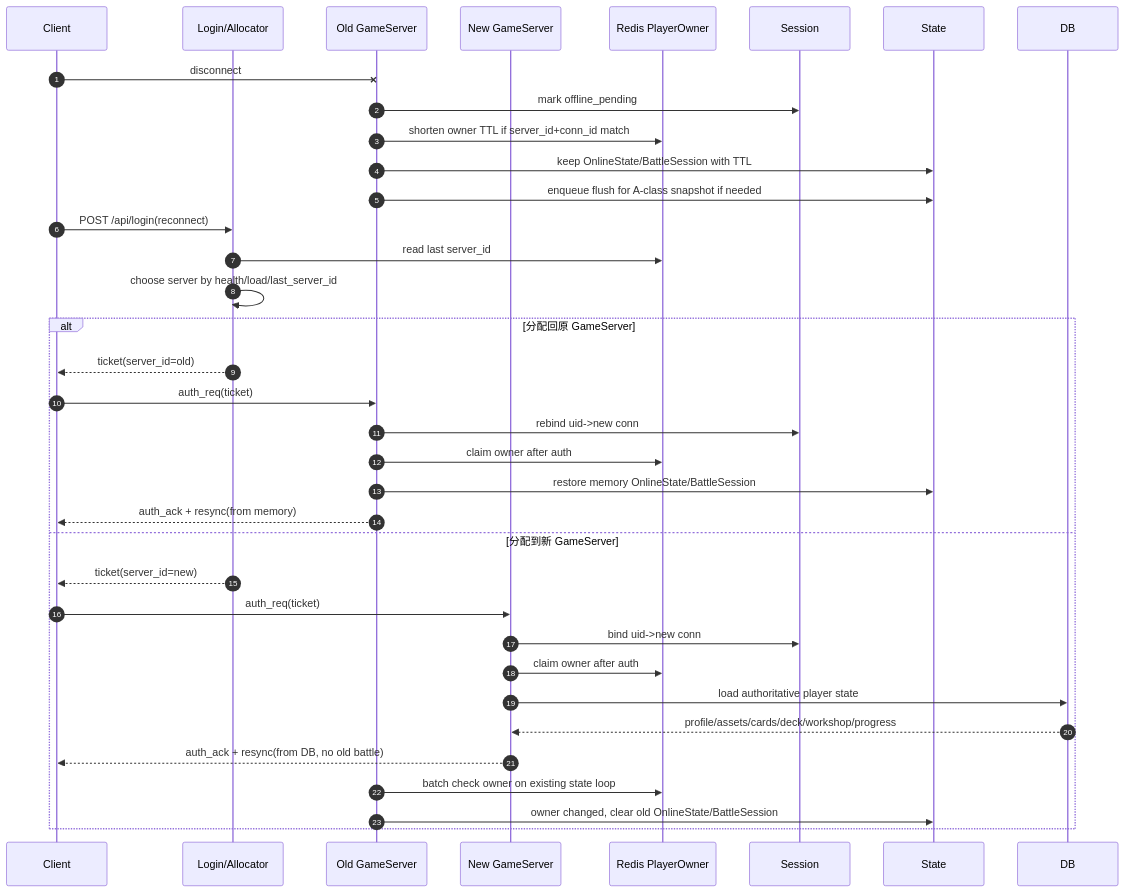
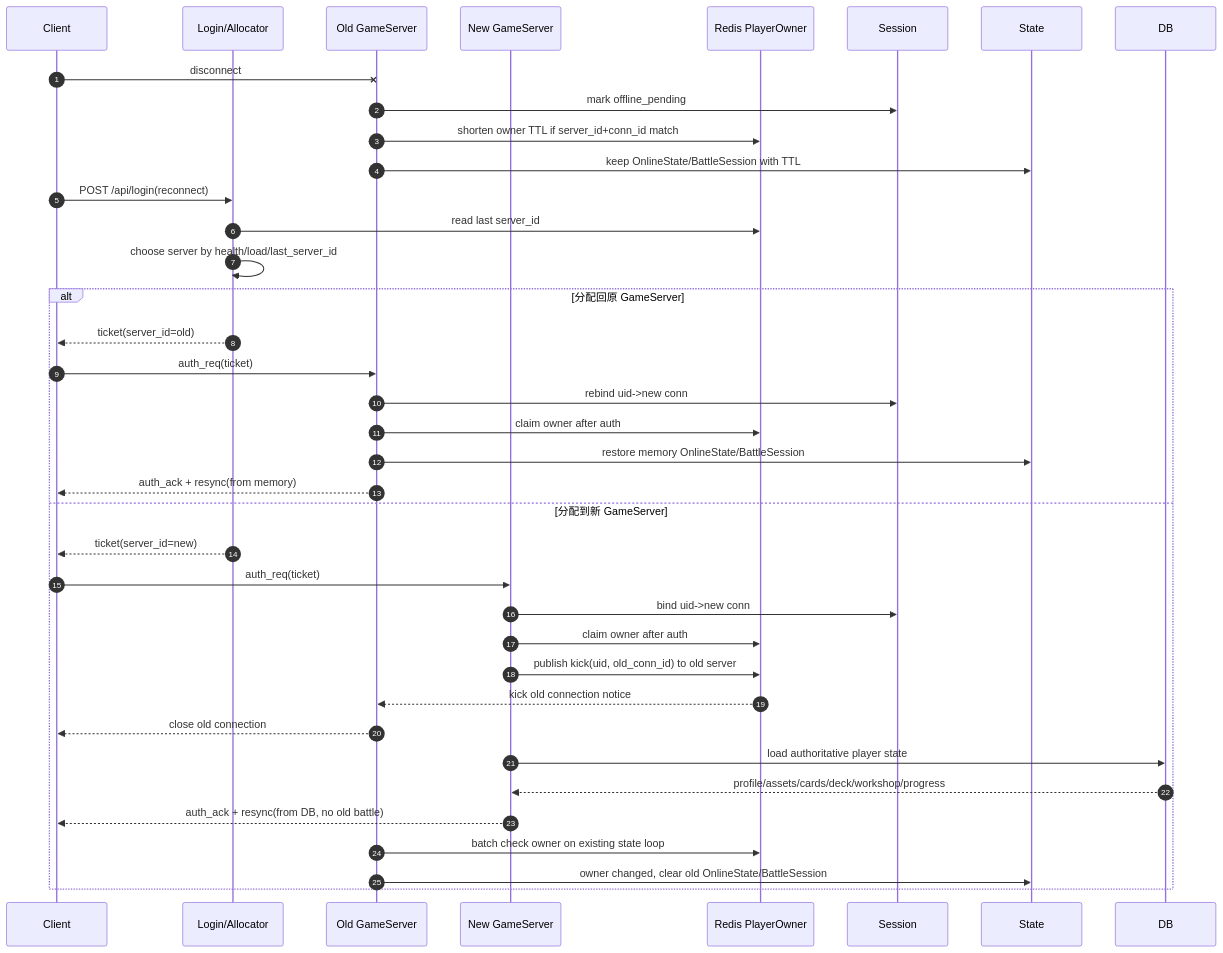
Before and after one commit to shaligg/cardgo-server: the fifth of 7 diagrams in backend_technical_architecture.md, drawn with Mermaid. The commit also changed other lines of this file and 63 other files, not shown here.

````diff
--- a/backend_technical_architecture.md
+++ b/backend_technical_architecture.md
@@ -2372,41 +2399,43 @@
 ```mermaid
 sequenceDiagram
     autonumber
     participant C as Client
     participant L as Login/Allocator
     participant OG as Old GameServer
     participant NG as New GameServer
     participant R as Redis PlayerOwner
     participant S as Session
     participant ST as State
     participant DB as DB
 
     C-xOG: disconnect
     OG->>S: mark offline_pending
     OG->>R: shorten owner TTL if server_id+conn_id match
     OG->>ST: keep OnlineState/BattleSession with TTL
-    OG->>ST: enqueue flush for A-class snapshot if needed
 
     C->>L: POST /api/login(reconnect)
     L->>R: read last server_id
     L->>L: choose server by health/load/last_server_id
 
     alt 分配回原 GameServer
         L-->>C: ticket(server_id=old)
         C->>OG: auth_req(ticket)
         OG->>S: rebind uid->new conn
         OG->>R: claim owner after auth
         OG->>ST: restore memory OnlineState/BattleSession
         OG-->>C: auth_ack + resync(from memory)
     else 分配到新 GameServer
         L-->>C: ticket(server_id=new)
         C->>NG: auth_req(ticket)
         NG->>S: bind uid->new conn
         NG->>R: claim owner after auth
+        NG->>R: publish kick(uid, old_conn_id) to old server
+        R-->>OG: kick old connection notice
+        OG-->>C: close old connection
         NG->>DB: load authoritative player state
         DB-->>NG: profile/assets/cards/deck/workshop/progress
         NG-->>C: auth_ack + resync(from DB, no old battle)
         OG->>R: batch check owner on existing state loop
         OG->>ST: owner changed, clear old OnlineState/BattleSession
     end
 ```
````
